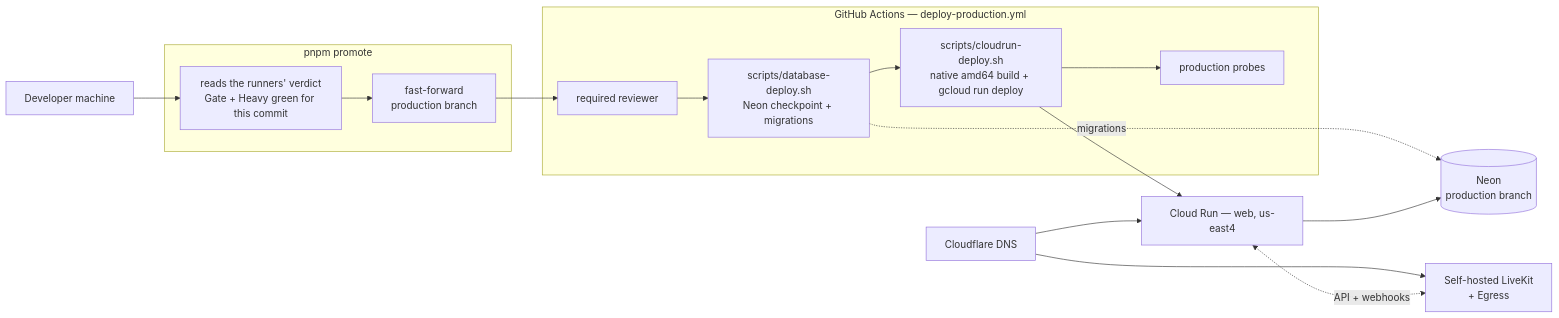
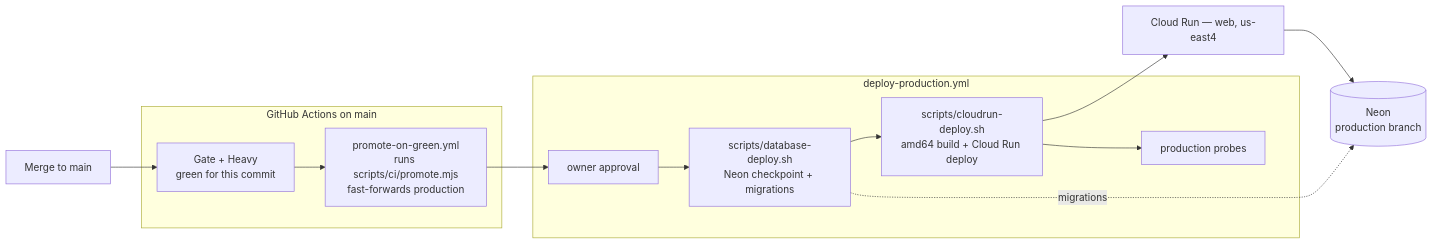
The second of 2 diagrams in README.md (jaystewartuk/spiralclass), drawn with Mermaid before and after one commit. The commit also changed other lines of this file and 71 other files, not shown here.

````diff
--- a/README.md
+++ b/README.md
@@ -561,26 +454,21 @@
 ```mermaid
 graph LR
-    DEV["Developer machine"]
-    subgraph gate["pnpm promote"]
-        G["reads the runners' verdict<br/>Gate + Heavy green for this commit"]
-        FF["fast-forward<br/>production branch"]
+    MERGE["Merge to main"]
+    subgraph runners["GitHub Actions on main"]
+        G["Gate + Heavy<br/>green for this commit"]
+        PROMOTE["promote-on-green.yml<br/>runs scripts/ci/promote.mjs<br/>fast-forwards production"]
     end
-    subgraph gha["GitHub Actions — deploy-production.yml"]
-        APPROVE["required reviewer"]
+    subgraph deploy["deploy-production.yml"]
+        A1["owner approval"]
         DB["scripts/database-deploy.sh<br/>Neon checkpoint + migrations"]
-        BUILD["scripts/cloudrun-deploy.sh<br/>native amd64 build + gcloud run deploy"]
+        BUILD["scripts/cloudrun-deploy.sh<br/>amd64 build + Cloud Run deploy"]
         PROBE["production probes"]
     end
     RUN["Cloud Run — web, us-east4"]
     NEON[("Neon<br/>production branch")]
-    CF["Cloudflare DNS"]
-    LKBOX["Self-hosted LiveKit<br/>+ Egress"]
 
-    DEV --> G --> FF --> APPROVE --> DB --> BUILD --> RUN
+    MERGE --> G --> PROMOTE --> A1 --> DB --> BUILD --> RUN
     BUILD --> PROBE
     DB -.migrations.-> NEON
     RUN --> NEON
-    CF --> RUN
-    CF --> LKBOX
-    RUN <-.->|API + webhooks| LKBOX
 ```
````
